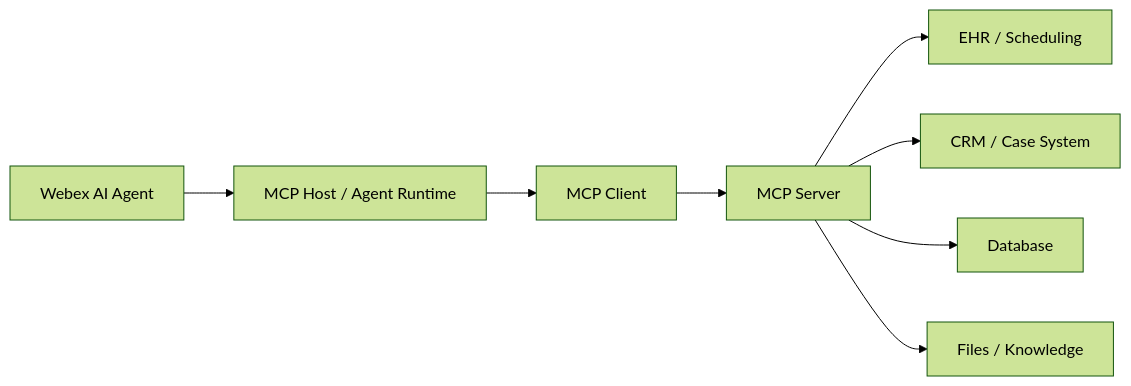
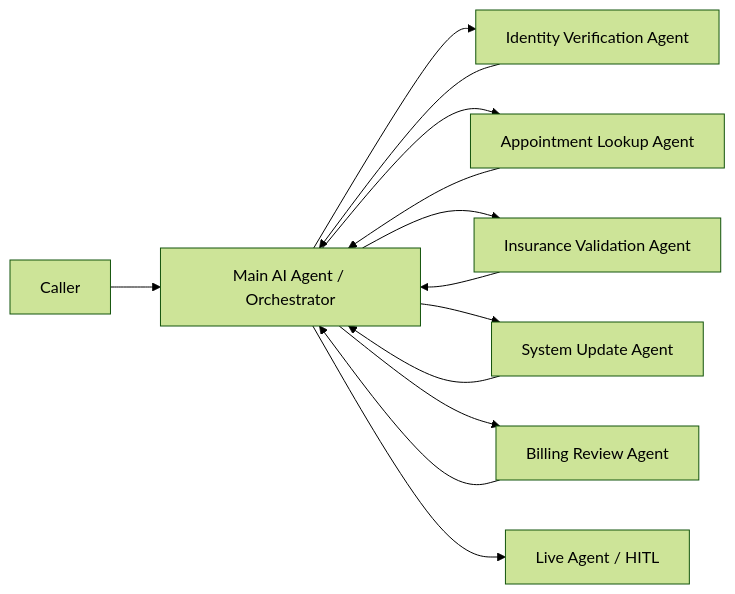
The first of 2 diagrams in AI_CookBook/docs/multi-agent-strategy.md (WebexSamples/webex-ai-agents), drawn with Mermaid (forest theme) before and after one commit. The commit also changed other lines of this file, not shown here.

````diff
--- a/AI_CookBook/docs/multi-agent-strategy.md
+++ b/AI_CookBook/docs/multi-agent-strategy.md
@@ -22,10 +31,15 @@
 ```mermaid
 flowchart LR
-    Agent[Webex AI Agent] --> Host[MCP Host / Agent Runtime]
-    Host --> Client[MCP Client]
-    Client --> Server[MCP Server]
-    Server --> EHR[EHR / Scheduling]
-    Server --> CRM[CRM / Case System]
-    Server --> DB[Database]
-    Server --> Files[Files / Knowledge]
+    Caller[Caller] --> Orchestrator[Main AI Agent / Orchestrator]
+    Orchestrator --> Verify[Identity Verification Agent]
+    Orchestrator --> Appt[Appointment Lookup Agent]
+    Orchestrator --> Insurance[Insurance Validation Agent]
+    Orchestrator --> Updates[System Update Agent]
+    Orchestrator --> Billing[Billing Review Agent]
+    Orchestrator --> Human[Live Agent / HITL]
+    Verify --> Orchestrator
+    Appt --> Orchestrator
+    Insurance --> Orchestrator
+    Updates --> Orchestrator
+    Billing --> Orchestrator
 ```
````
